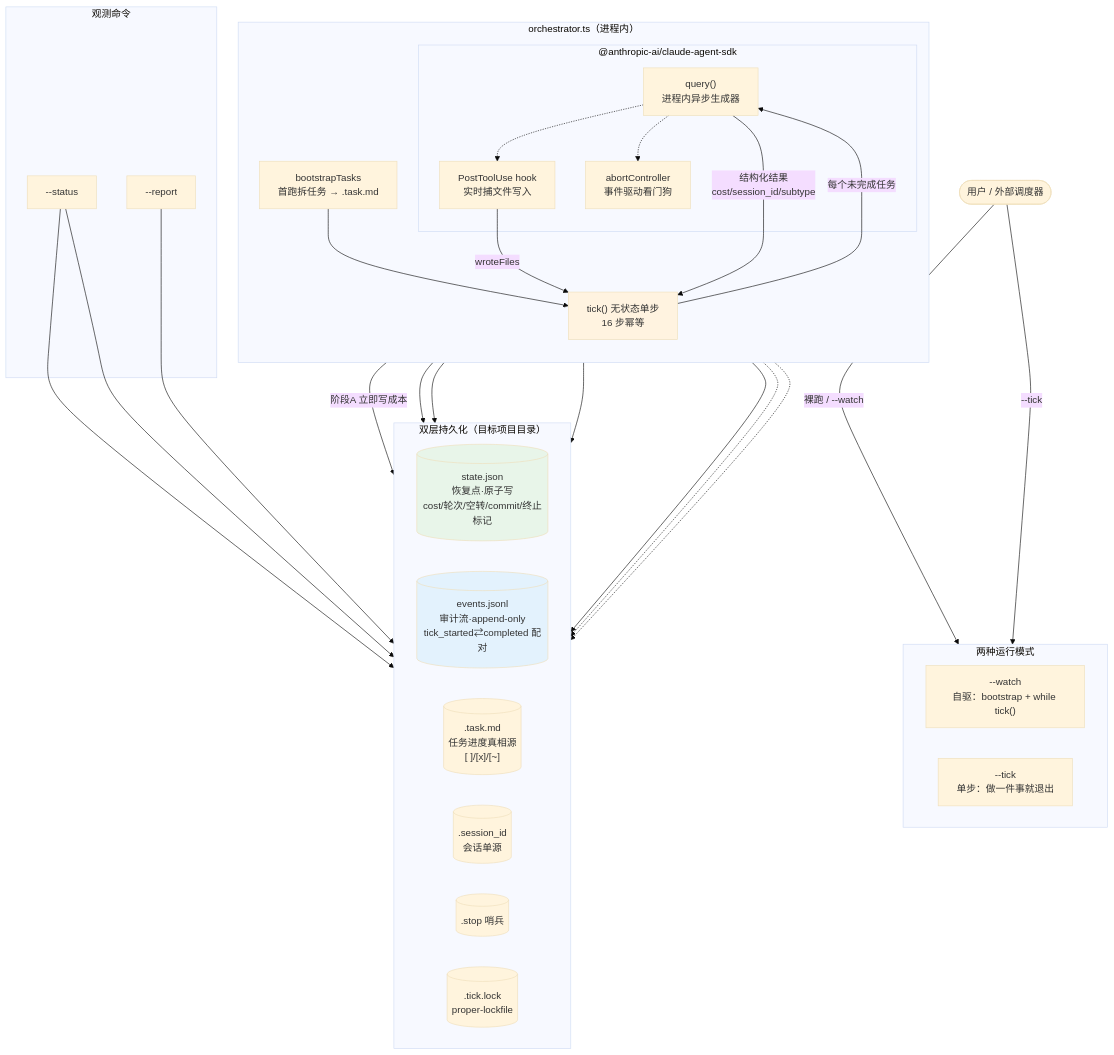
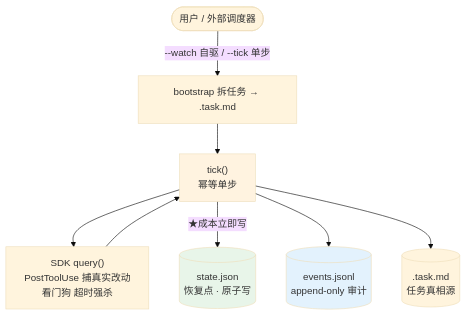
Before and after one commit to free-wyq/loop: the first of 3 diagrams in README.md, drawn with Mermaid (base theme). The commit also changed other lines of this file, not shown here.

Commit message:
docs(readme): 精简 mermaid 架构图，整体图压到单线主干、控制流图去掉16步编号

````diff
--- a/README.md
+++ b/README.md
@@ -18,62 +18,15 @@
 ```mermaid
 flowchart TB
     User([用户 / 外部调度器])
-
-    subgraph Modes["两种运行模式"]
-        direction LR
-        WATCH["--watch<br/>自驱：bootstrap + while tick()"]
-        TICK["--tick<br/>单步：做一件事就退出"]
-    end
-
-    User -->|裸跑 / --watch| WATCH
-    User -->|--tick| TICK
-
-    subgraph Core["orchestrator.ts（进程内）"]
-        direction TB
-        BOOT["bootstrapTasks<br/>首跑拆任务 → .task.md"]
-        TICKFN["tick() 无状态单步<br/>16 步幂等"]
-
-        subgraph SDK["@anthropic-ai/claude-agent-sdk"]
-            QUERY["query()<br/>进程内异步生成器"]
-            HOOKS["PostToolUse hook<br/>实时捕文件写入"]
-            WD["abortController<br/>事件驱动看门狗"]
-        end
-
-        BOOT --> TICKFN
-        TICKFN -->|"每个未完成任务"| QUERY
-        QUERY -.-> HOOKS
-        QUERY -.-> WD
-        HOOKS -->|"wroteFiles"| TICKFN
-        QUERY -->|"结构化结果<br/>cost/session_id/subtype"| TICKFN
-    end
-
-    subgraph Persist["双层持久化（目标项目目录）"]
-        direction LR
-        STATE[("state.json<br/>恢复点·原子写<br/>cost/轮次/空转/commit/终止标记")]
-        EVENTS[("events.jsonl<br/>审计流·append-only<br/>tick_started⇄completed 配对")]
-        TASK[(".task.md<br/>任务进度真相源<br/>[ ]/[x]/[~]")]
-        SESS[(".session_id<br/>会话单源")]
-        STOP[(".stop 哨兵")]
-        LOCK[(".tick.lock<br/>proper-lockfile")]
-    end
-
-    TICKFN -->|"阶段A 立即写成本"| STATE
-    TICKFN --> STATE
-    TICKFN --> EVENTS
-    TICKFN --> TASK
-    TICKFN --> SESS
-    TICKFN -.-> STOP
-    TICKFN -.-> LOCK
-
-    subgraph Obs["观测命令"]
-        STATUS["--status"]
-        REPORT["--report"]
-    end
-    STATUS --> STATE
-    STATUS --> EVENTS
-    REPORT --> EVENTS
+    User -->|"--watch 自驱 / --tick 单步"| BOOT[bootstrap 拆任务 → .task.md]
+    BOOT --> TICK["tick()<br/>幂等单步"]
+    TICK --> SDK["SDK query()<br/>PostToolUse 捕真实改动<br/>看门狗 超时强杀"]
+    SDK --> TICK
+    TICK -->|"★成本立即写"| STATE[("state.json<br/>恢复点 · 原子写")]
+    TICK --> EVENTS[("events.jsonl<br/>append-only 审计")]
+    TICK --> TASK[(".task.md<br/>任务真相源")]
 
     style STATE fill:#e8f5e9
     style EVENTS fill:#e3f2fd
-    style TICKFN fill:#fff3e0
+    style TICK fill:#fff3e0
 ```
````
